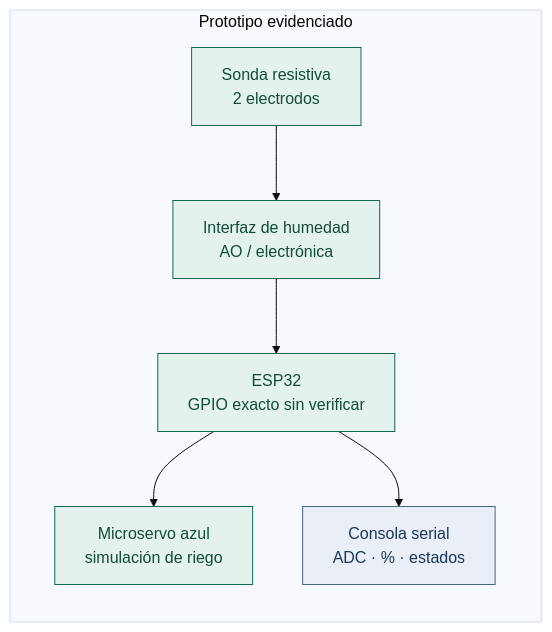
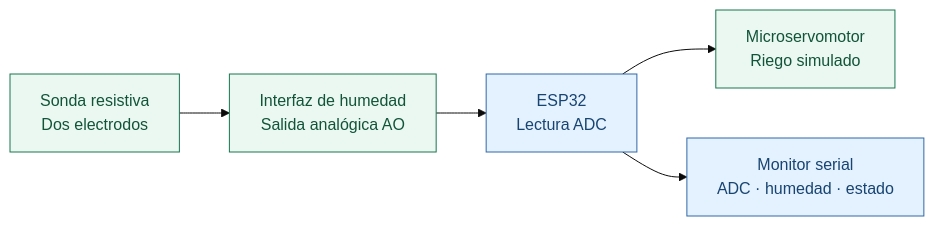
One commit to spalacioc05/jardin-inteligente-iot-capa-percepcion changed the first of 4 diagrams in docs/ARQUITECTURA.md. Above: the diagram before and after it, drawn with Mermaid (base theme). The commit also changed other lines of this file and 24 other files, not shown here.

Commit message:
docs: refine perception deliverable and Mermaid diagrams; fix reference control error handling

````diff
--- a/docs/ARQUITECTURA.md
+++ b/docs/ARQUITECTURA.md
@@ -5,13 +5,11 @@
 ```mermaid
 flowchart LR
-  subgraph F[Prototipo evidenciado]
-    S["Sonda resistiva<br/>2 electrodos"] --> M["Interfaz de humedad<br/>AO / electrónica"]
-    M --> E["ESP32<br/>GPIO exacto sin verificar"]
-    E --> V["Microservo azul<br/>simulación de riego"]
-    E --> C["Consola serial<br/>ADC · % · estados"]
-  end
-  classDef principal fill:#e3f2ed,stroke:#11694e,color:#124c3b
-  classDef nota fill:#e9eef7,stroke:#45658a,color:#193858
-  class S,M,E,V principal
-  class C nota
+  S["Sonda resistiva<br/>Dos electrodos"] --> I["Interfaz de humedad<br/>Salida analógica AO"]
+  I --> E["ESP32<br/>Lectura ADC"]
+  E --> V["Microservomotor<br/>Riego simulado"]
+  E --> C["Monitor serial<br/>ADC · humedad · estado"]
+  classDef sensor fill:#eaf8f1,stroke:#187651,color:#12543a
+  classDef control fill:#e4f1ff,stroke:#3168a8,color:#174471
+  class S,I,V sensor
+  class E,C control
 ```
````
